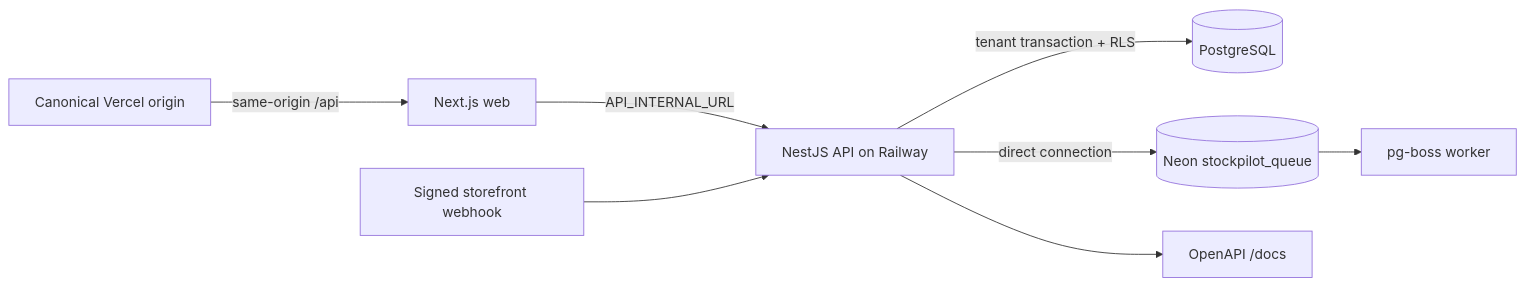
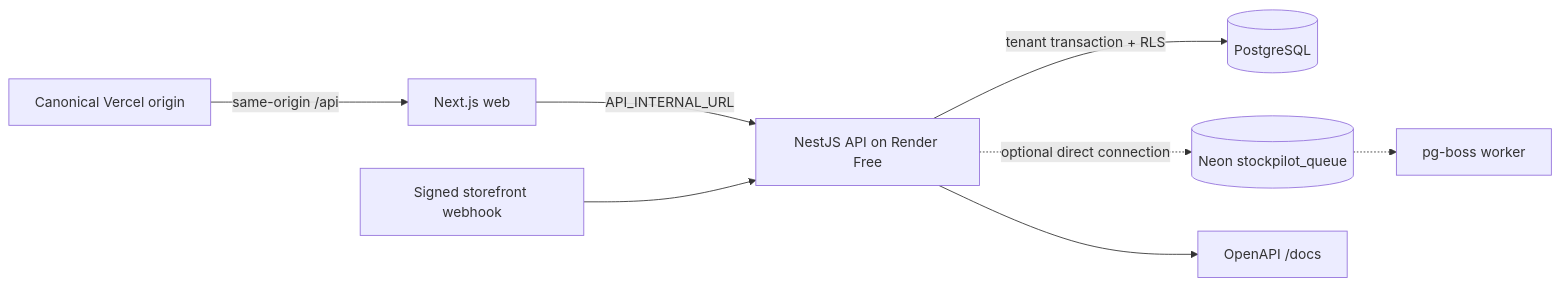
Before and after one commit to longhang2004/StockPilot: the diagram in docs/architecture.md, drawn with Mermaid. The commit also changed other lines of this file and 10 other files, not shown here.

Commit message:
feat(deploy): use free Render demo profile

````diff
--- a/docs/architecture.md
+++ b/docs/architecture.md
@@ -7,10 +7,10 @@
 ```mermaid
 flowchart LR
   Browser[Canonical Vercel origin] -->|same-origin /api| Web[Next.js web]
-  Web -->|API_INTERNAL_URL| API[NestJS API on Railway]
+  Web -->|API_INTERNAL_URL| API[NestJS API on Render Free]
   Storefront[Signed storefront webhook] --> API
   API -->|tenant transaction + RLS| DB[(PostgreSQL)]
-  API -->|direct connection| Queue[(Neon stockpilot_queue)]
-  Queue --> Jobs[pg-boss worker]
+  API -.->|optional direct connection| Queue[(Neon stockpilot_queue)]
+  Queue -.-> Jobs[pg-boss worker]
   API --> Docs[OpenAPI /docs]
 ```
````
